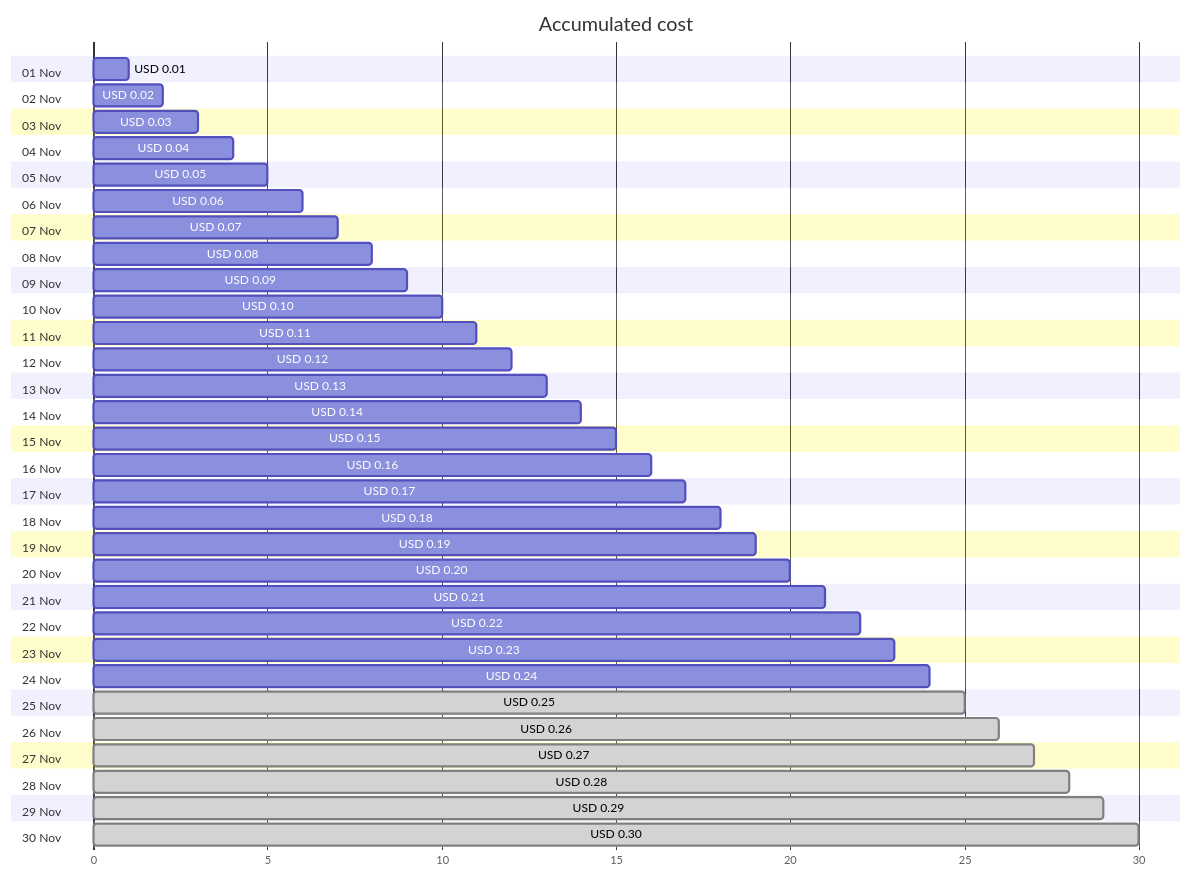
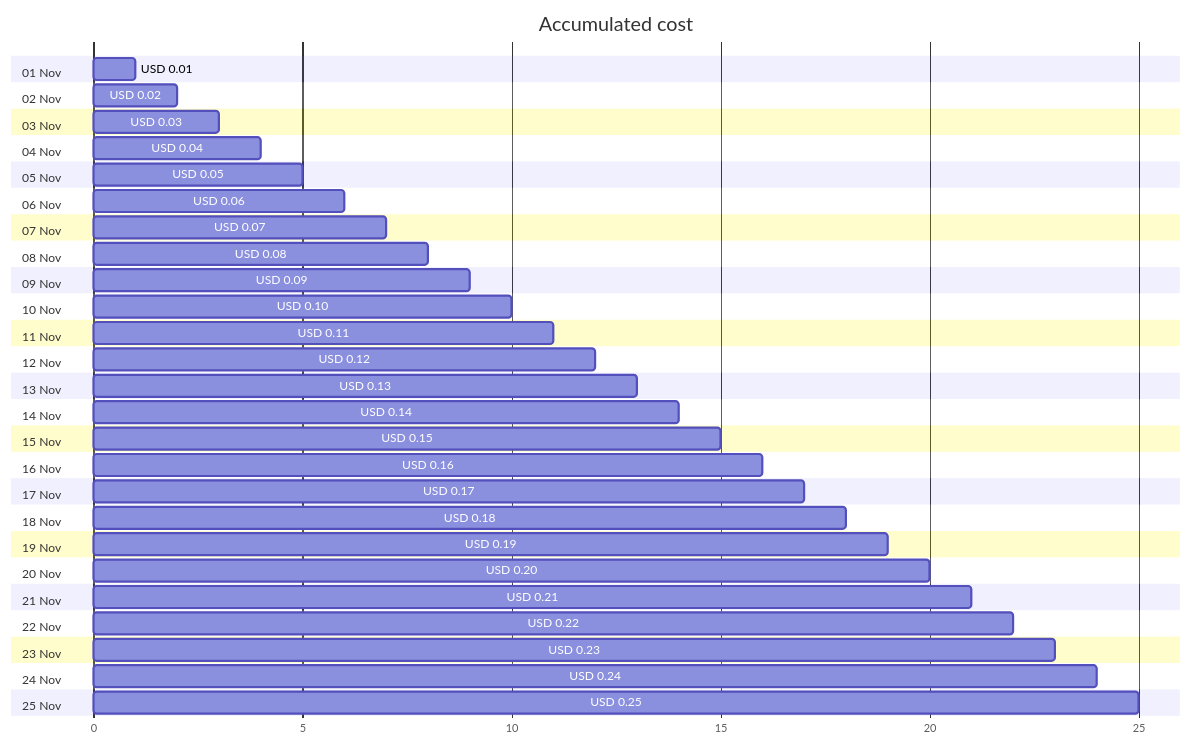
One commit to jpfulton/azure-personal-reports changed the first of 4 diagrams in cost-reports/cloud-shell-storage-eastus/cs2100300008c8d894b.md. Above: the diagram before and after it, drawn with Mermaid. The commit also changed other lines of this file and 1 other file, not shown here.

````diff
--- a/cost-reports/cloud-shell-storage-eastus/cs2100300008c8d894b.md
+++ b/cost-reports/cloud-shell-storage-eastus/cs2100300008c8d894b.md
@@ -20,66 +20,56 @@
 ```mermaid
 gantt
    title Accumulated cost
    dateFormat  X
    axisFormat %s
    section 01 Nov
    USD 0.01 :0, 1
    section 02 Nov
    USD 0.02 :0, 2
    section 03 Nov
    USD 0.03 :0, 3
    section 04 Nov
    USD 0.04 :0, 4
    section 05 Nov
    USD 0.05 :0, 5
    section 06 Nov
    USD 0.06 :0, 6
    section 07 Nov
    USD 0.07 :0, 7
    section 08 Nov
    USD 0.08 :0, 8
    section 09 Nov
    USD 0.09 :0, 9
    section 10 Nov
    USD 0.10 :0, 10
    section 11 Nov
    USD 0.11 :0, 11
    section 12 Nov
    USD 0.12 :0, 12
    section 13 Nov
    USD 0.13 :0, 13
    section 14 Nov
    USD 0.14 :0, 14
    section 15 Nov
    USD 0.15 :0, 15
    section 16 Nov
    USD 0.16 :0, 16
    section 17 Nov
    USD 0.17 :0, 17
    section 18 Nov
    USD 0.18 :0, 18
    section 19 Nov
    USD 0.19 :0, 19
    section 20 Nov
    USD 0.20 :0, 20
    section 21 Nov
    USD 0.21 :0, 21
    section 22 Nov
    USD 0.22 :0, 22
    section 23 Nov
    USD 0.23 :0, 23
    section 24 Nov
    USD 0.24 :0, 24
    section 25 Nov
-   USD 0.25 : done, 0, 25
-   section 26 Nov
-   USD 0.26 : done, 0, 26
-   section 27 Nov
-   USD 0.27 : done, 0, 27
-   section 28 Nov
-   USD 0.28 : done, 0, 28
-   section 29 Nov
-   USD 0.29 : done, 0, 29
-   section 30 Nov
-   USD 0.30 : done, 0, 30
+   USD 0.25 :0, 25
 ```
````
